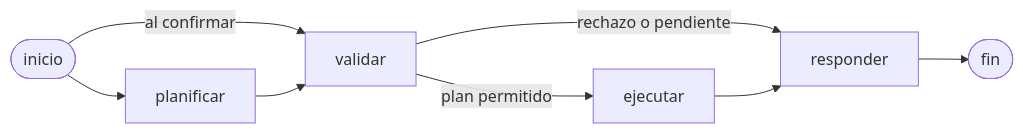
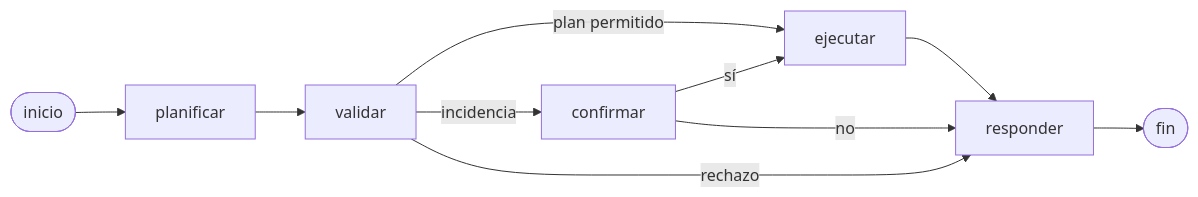
One commit to Josulo72/agente-operaciones-langgraph changed the diagram in README.md. Above: the diagram before and after it, drawn with Mermaid. The commit also changed other lines of this file and 5 other files, not shown here.

````diff
--- a/README.md
+++ b/README.md
@@ -43,10 +45,12 @@
 ```mermaid
 flowchart LR
     inicio([inicio]) --> planificar
-    inicio -- al confirmar --> validar
     planificar --> validar
     validar -- plan permitido --> ejecutar
-    validar -- rechazo o pendiente --> responder
+    validar -- incidencia --> confirmar
+    validar -- rechazo --> responder
+    confirmar -- sí --> ejecutar
+    confirmar -- no --> responder
     ejecutar --> responder
     responder --> fin([fin])
 ```
````
